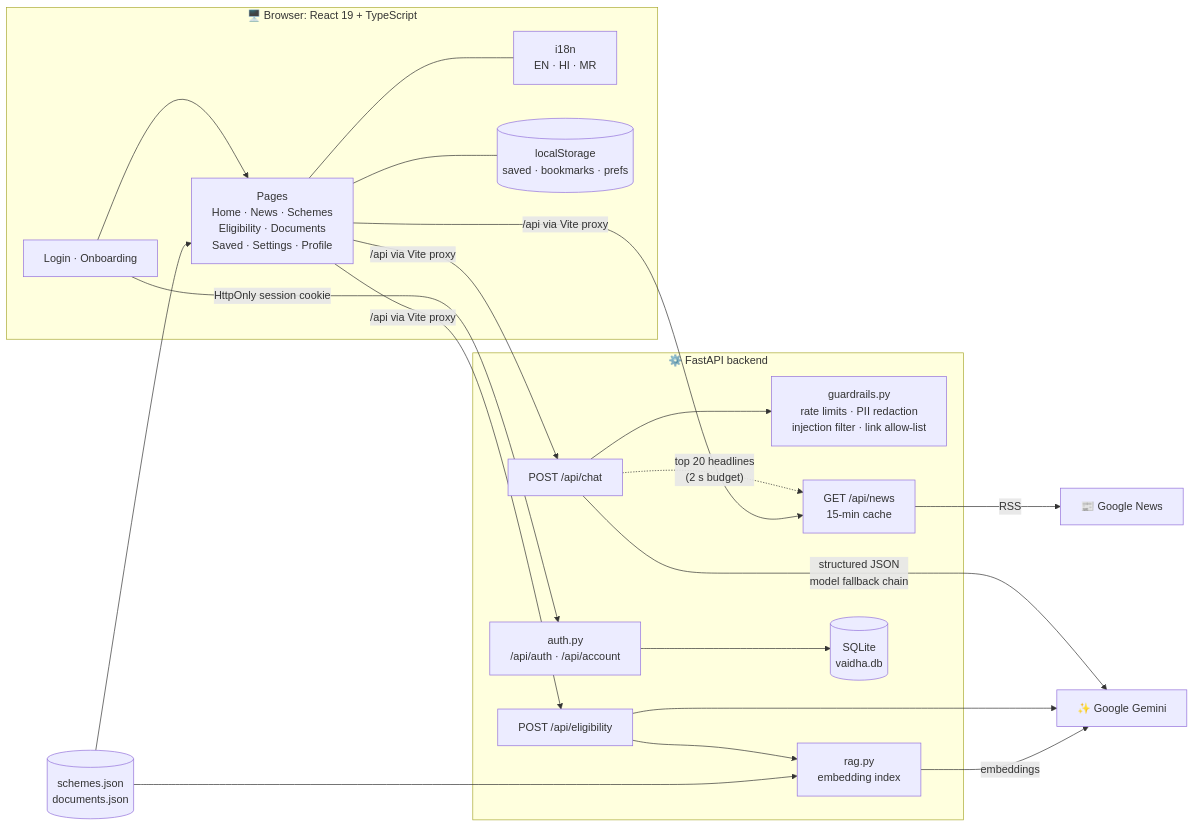
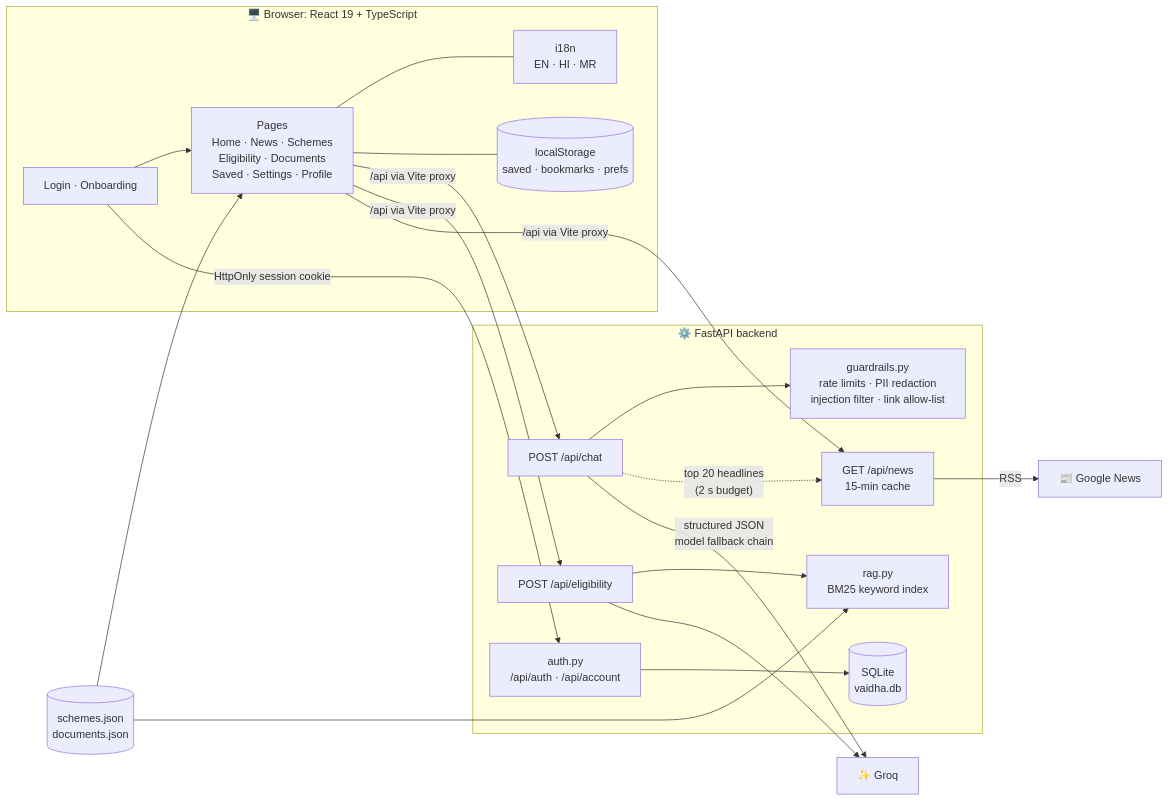
Before and after one commit to Hiranyam1003/VaidhaAI: the second of 3 diagrams in README.md, drawn with Mermaid. The commit also changed other lines of this file and 11 other files, not shown here.

First line of the commit message:
Switch the AI backend from Gemini to Groq

````diff
--- a/README.md
+++ b/README.md
@@ -154,38 +154,37 @@
 ```mermaid
 flowchart LR
     subgraph Browser["🖥️ Browser: React 19 + TypeScript"]
         AUTH_UI["Login · Onboarding"]
         UI["Pages<br/>Home · News · Schemes<br/>Eligibility · Documents<br/>Saved · Settings · Profile"]
         I18N["i18n<br/>EN · HI · MR"]
         LS[("localStorage<br/>saved · bookmarks · prefs")]
         AUTH_UI --> UI
         UI --- I18N
         UI --- LS
     end
 
     subgraph Server["⚙️ FastAPI backend"]
         GR["guardrails.py<br/>rate limits · PII redaction<br/>injection filter · link allow-list"]
         CHAT["POST /api/chat"]
         ELIG["POST /api/eligibility"]
-        RAG["rag.py<br/>embedding index"]
+        RAG["rag.py<br/>BM25 keyword index"]
         NEWS["GET /api/news<br/>15-min cache"]
         AUTH["auth.py<br/>/api/auth · /api/account"]
         DB[("SQLite<br/>vaidha.db")]
         CHAT --> GR
         ELIG --> RAG
         CHAT -.->|"top 20 headlines<br/>(2 s budget)"| NEWS
         AUTH --> DB
     end
 
     DATA[("schemes.json<br/>documents.json")]
     AUTH_UI -->|"HttpOnly session cookie"| AUTH
     UI -->|"/api via Vite proxy"| CHAT
     UI -->|"/api via Vite proxy"| ELIG
     UI -->|"/api via Vite proxy"| NEWS
     DATA --> UI
     DATA --> RAG
-    CHAT -->|"structured JSON<br/>model fallback chain"| GEM["✨ Google Gemini"]
+    CHAT -->|"structured JSON<br/>model fallback chain"| GEM["✨ Groq"]
     ELIG --> GEM
-    RAG -->|embeddings| GEM
     NEWS -->|RSS| GN["📰 Google News"]
 ```
````
